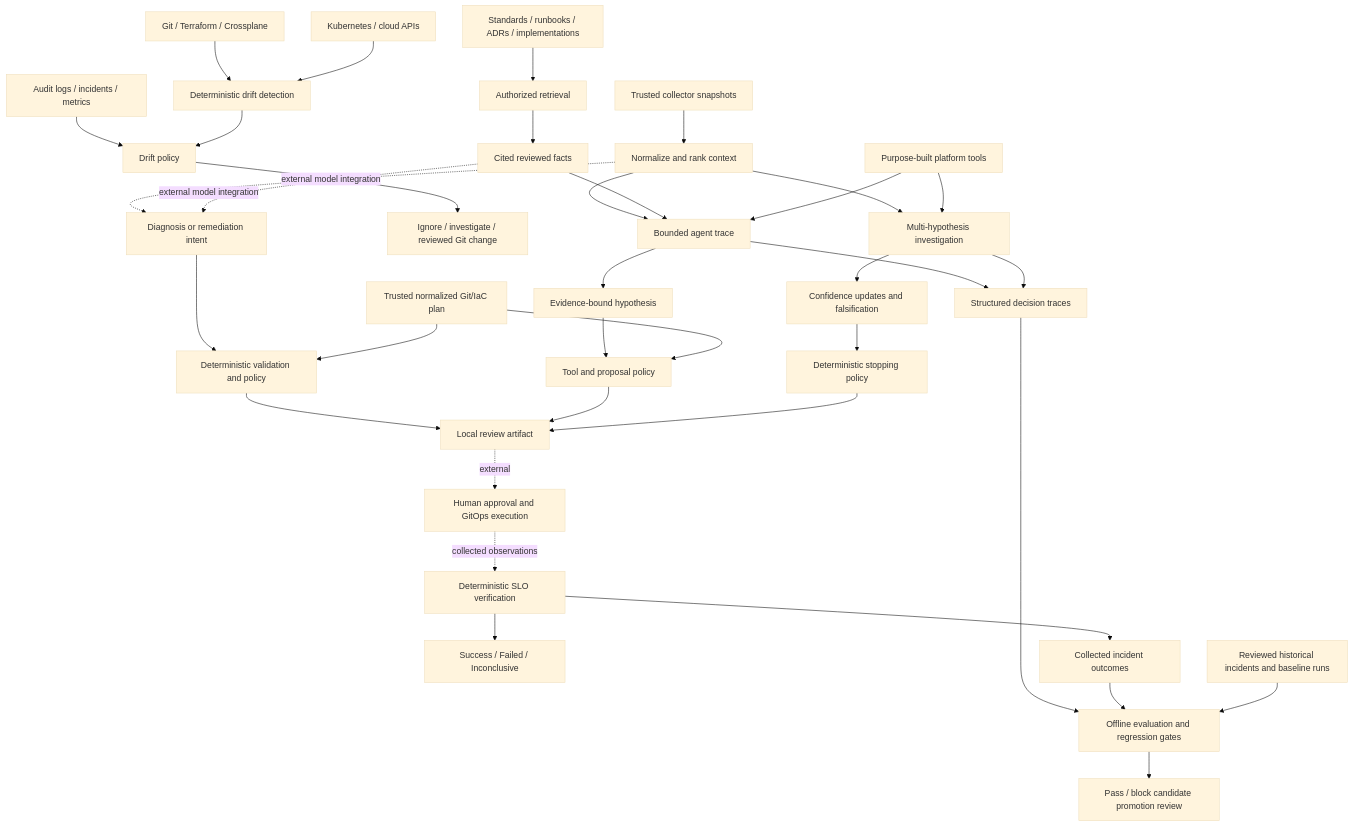
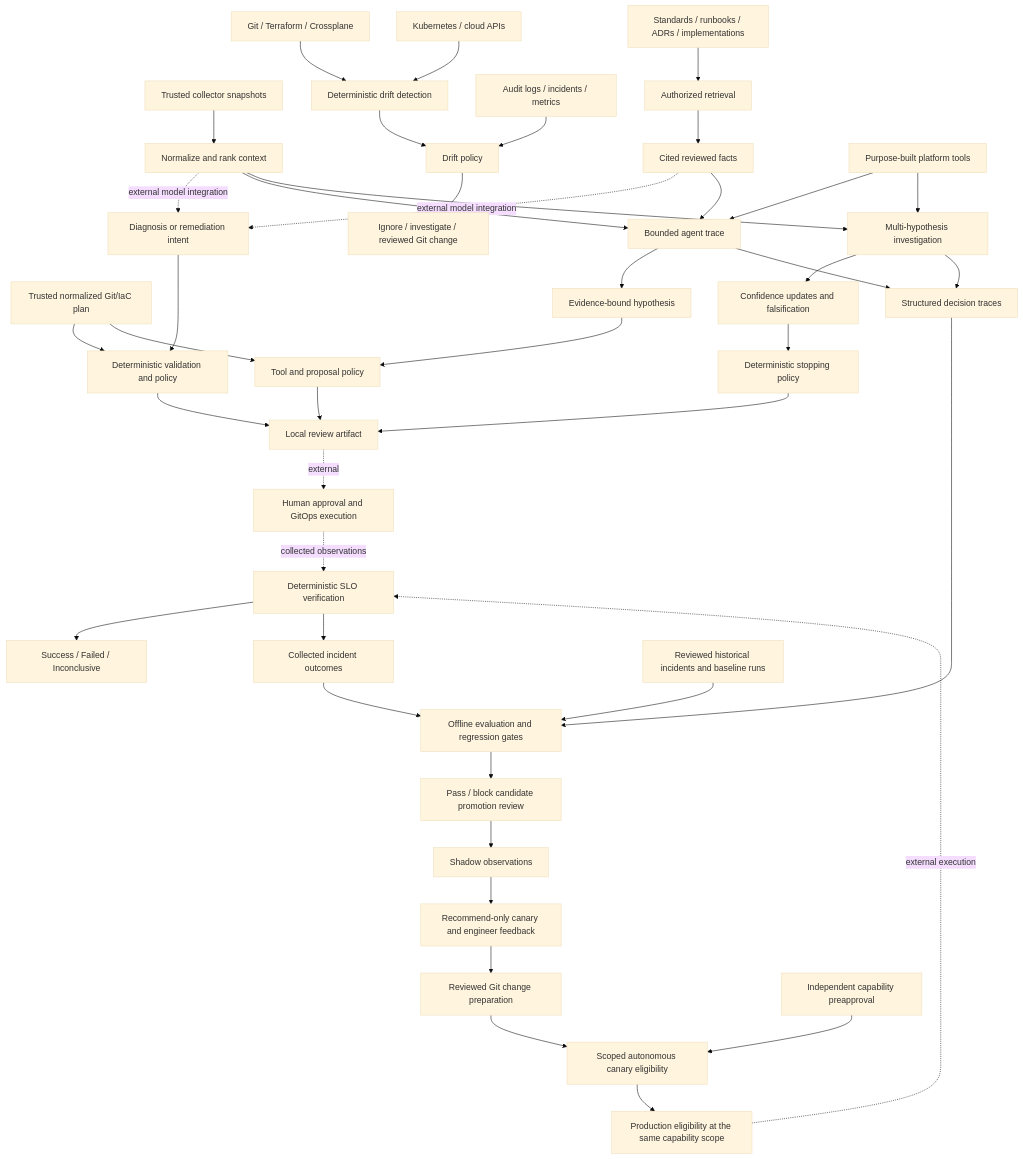
The diagram in docs/00-architecture-and-safety.md (Vidon212/AI-incident-co-pilot), drawn with Mermaid (base theme) before and after one commit. The commit also changed other lines of this file and 20 other files, not shown here.

````diff
--- a/docs/00-architecture-and-safety.md
+++ b/docs/00-architecture-and-safety.md
@@ -9,38 +9,45 @@
 ```mermaid
 flowchart TD
     Evidence[Trusted collector snapshots] --> Context[Normalize and rank context]
     Context -. external model integration .-> Intent[Diagnosis or remediation intent]
     Intent --> Policy[Deterministic validation and policy]
     Plan[Trusted normalized Git/IaC plan] --> Policy
     Policy --> Review[Local review artifact]
     Review -. external .-> Approval[Human approval and GitOps execution]
     Approval -. collected observations .-> Verify[Deterministic SLO verification]
     Verify --> Result[Success / Failed / Inconclusive]
     Desired[Git / Terraform / Crossplane] --> Drift[Deterministic drift detection]
     Observed[Kubernetes / cloud APIs] --> Drift
     Provenance[Audit logs / incidents / metrics] --> DriftPolicy[Drift policy]
     Drift --> DriftPolicy
     DriftPolicy --> DriftReview[Ignore / investigate / reviewed Git change]
     Knowledge[Standards / runbooks / ADRs / implementations] --> Retrieval[Authorized retrieval]
     Retrieval --> Grounding[Cited reviewed facts]
     Grounding -. external model integration .-> Intent
     Context --> Agent[Bounded agent trace]
     Grounding --> Agent
     Tools[Purpose-built platform tools] --> Agent
     Agent --> Hypothesis[Evidence-bound hypothesis]
     Hypothesis --> AgentPolicy[Tool and proposal policy]
     Plan --> AgentPolicy
     AgentPolicy --> Review
     Context --> Investigation[Multi-hypothesis investigation]
     Tools --> Investigation
     Investigation --> Falsification[Confidence updates and falsification]
     Falsification --> Stop[Deterministic stopping policy]
     Stop --> Review
     Agent --> Traces[Structured decision traces]
     Investigation --> Traces
     Verify --> Outcomes[Collected incident outcomes]
     Traces --> Evaluation[Offline evaluation and regression gates]
     Outcomes --> Evaluation
     Truth[Reviewed historical incidents and baseline runs] --> Evaluation
     Evaluation --> Promotion[Pass / block candidate promotion review]
+    Promotion --> Shadow[Shadow observations]
+    Shadow --> Canary[Recommend-only canary and engineer feedback]
+    Canary --> Prepare[Reviewed Git change preparation]
+    Prepare --> Limited[Scoped autonomous canary eligibility]
+    Grant[Independent capability preapproval] --> Limited
+    Limited --> Production[Production eligibility at the same capability scope]
+    Production -. external execution .-> Verify
 ```
````
